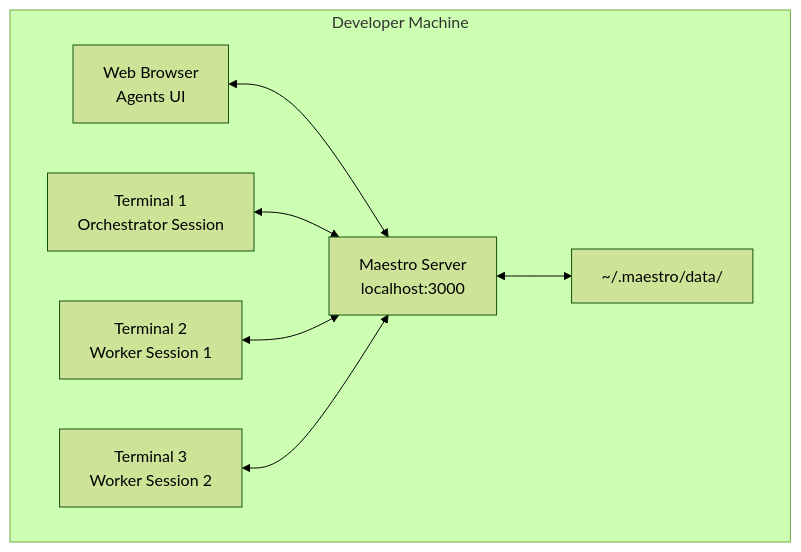
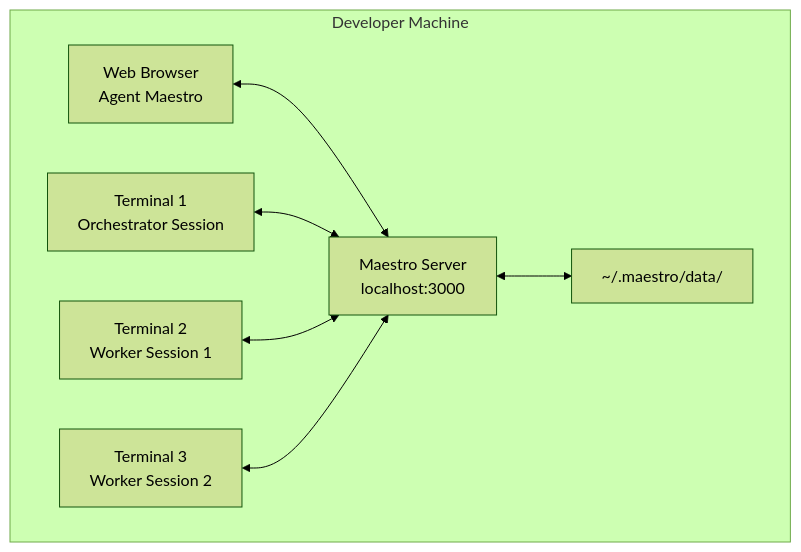
Diagram 12 of 20 in maestro-server/docs/07-ARCHITECTURE-DIAGRAMS.md (raghavared/agent-maestro), drawn with Mermaid (forest theme) before and after one commit. The commit also changed other lines of this file and 89 other files, not shown here.

````diff
--- a/maestro-server/docs/07-ARCHITECTURE-DIAGRAMS.md
+++ b/maestro-server/docs/07-ARCHITECTURE-DIAGRAMS.md
@@ -408,17 +408,17 @@
 ```mermaid
 flowchart TB
     subgraph LocalMachine[Developer Machine]
-        Browser[Web Browser<br/>Agents UI]
+        Browser[Web Browser<br/>Agent Maestro]
         Terminal1[Terminal 1<br/>Orchestrator Session]
         Terminal2[Terminal 2<br/>Worker Session 1]
         Terminal3[Terminal 3<br/>Worker Session 2]
         Server[Maestro Server<br/>localhost:3000]
         Storage[~/.maestro/data/]
     end
 
     Browser <--> Server
     Terminal1 <--> Server
     Terminal2 <--> Server
     Terminal3 <--> Server
     Server <--> Storage
 ```
````
